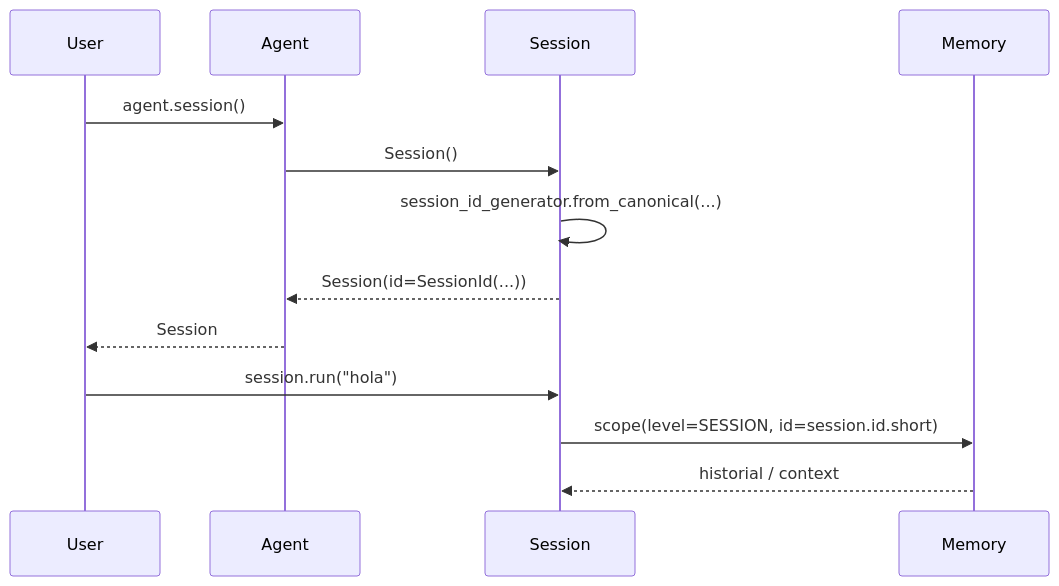
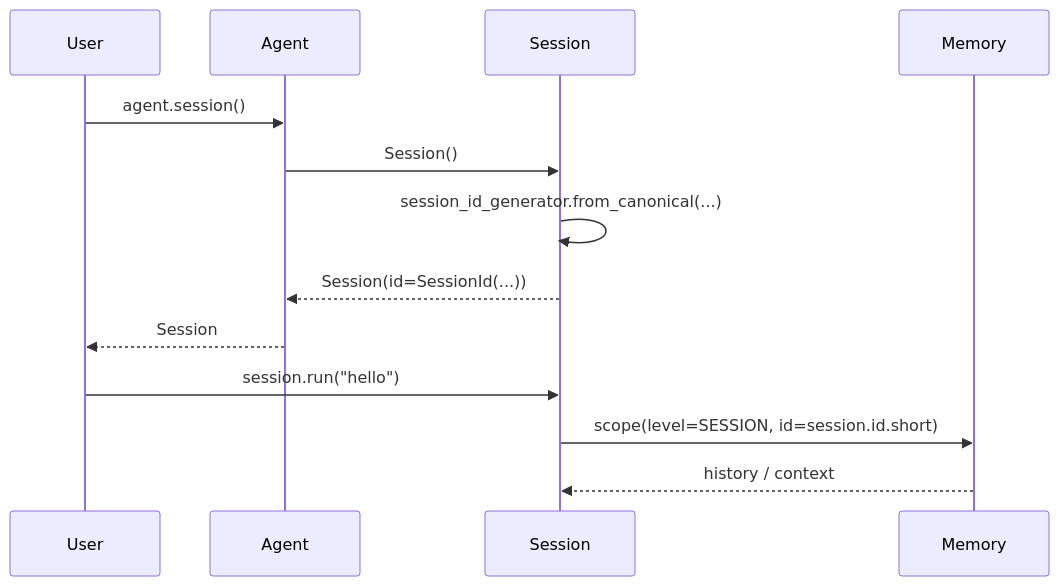
The second of 2 diagrams in docs/communication/index.md (phronesis-framework/phronesis-framework), drawn with Mermaid before and after one commit. The commit also changed other lines of this file and 17 other files, not shown here.

Commit message:
feat(docs): translate docs to english and replace ascii diagrams with mermaid

````diff
--- a/docs/communication/index.md
+++ b/docs/communication/index.md
@@ -132,16 +132,16 @@
 ```mermaid
 sequenceDiagram
     participant User
     participant Agent
     participant Session
     participant Memory
 
     User->>Agent: agent.session()
     Agent->>Session: Session()
     Session->>Session: session_id_generator.from_canonical(...)
     Session-->>Agent: Session(id=SessionId(...))
     Agent-->>User: Session
-    User->>Session: session.run("hola")
+    User->>Session: session.run("hello")
     Session->>Memory: scope(level=SESSION, id=session.id.short)
-    Memory-->>Session: historial / context
+    Memory-->>Session: history / context
 ```
````
